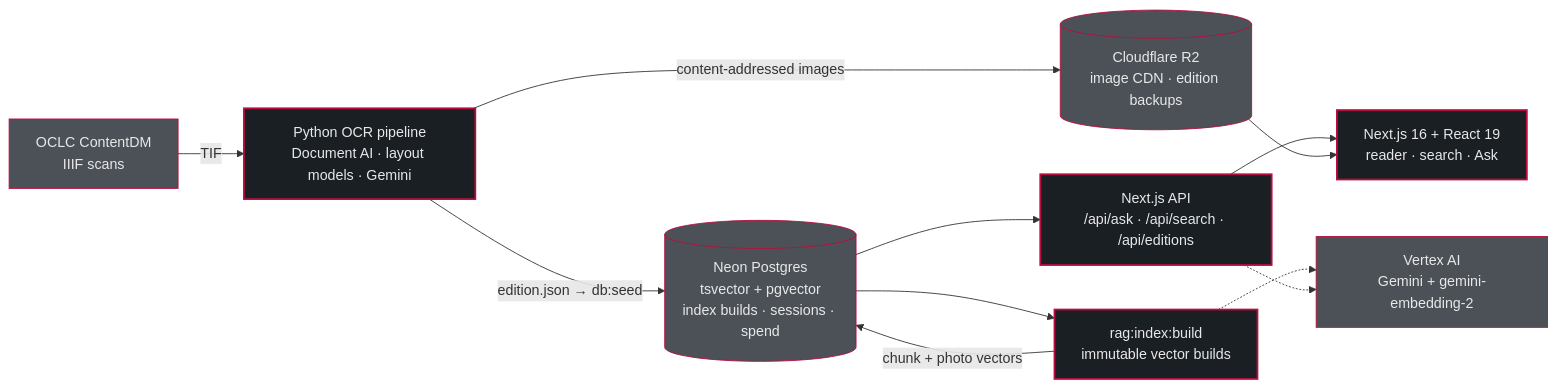
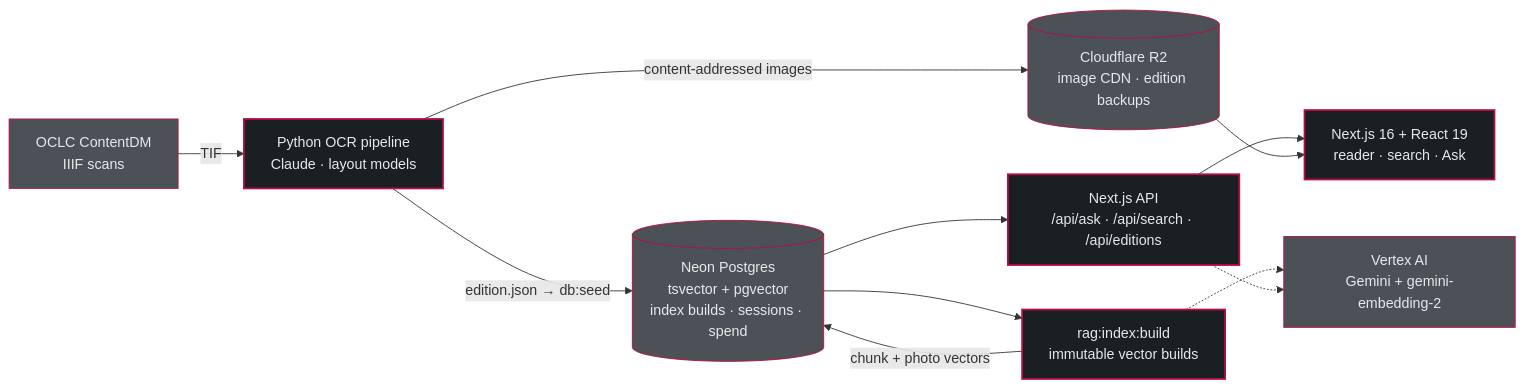
The diagram in README.md (Bamyani1/interactive-newspaper), drawn with Mermaid before and after one commit. The commit also changed other lines of this file, not shown here.

Commit message:
docs: describe the Claude-only OCR pipeline in the README

````diff
--- a/README.md
+++ b/README.md
@@ -125,25 +125,25 @@
 ```mermaid
 flowchart LR
   classDef brand fill:#1A1F24,stroke:#B80D3E,color:#E8E8E8,stroke-width:2px
   classDef data fill:#4C5158,stroke:#B80D3E,color:#E8E8E8,stroke-width:1px
 
   IIIF["OCLC ContentDM<br/>IIIF scans"]:::data
-  OCR["Python OCR pipeline<br/>Document AI · layout models · Gemini"]:::brand
+  OCR["Python OCR pipeline<br/>Claude · layout models"]:::brand
   R2[("Cloudflare R2<br/>image CDN · edition backups")]:::data
   DB[("Neon Postgres<br/>tsvector + pgvector<br/>index builds · sessions · spend")]:::data
   IDX["rag:index:build<br/>immutable vector builds"]:::brand
   AI["Vertex AI<br/>Gemini + gemini-embedding-2"]:::data
   API["Next.js API<br/>/api/ask · /api/search · /api/editions"]:::brand
   UI["Next.js 16 + React 19<br/>reader · search · Ask"]:::brand
 
   IIIF -- "TIF" --> OCR
   OCR -- "content-addressed images" --> R2
   OCR -- "edition.json → db:seed" --> DB
   DB --> IDX
   IDX -- "chunk + photo vectors" --> DB
   IDX -.-> AI
   DB --> API
   API -.-> AI
   API --> UI
   R2 --> UI
 ```
````
